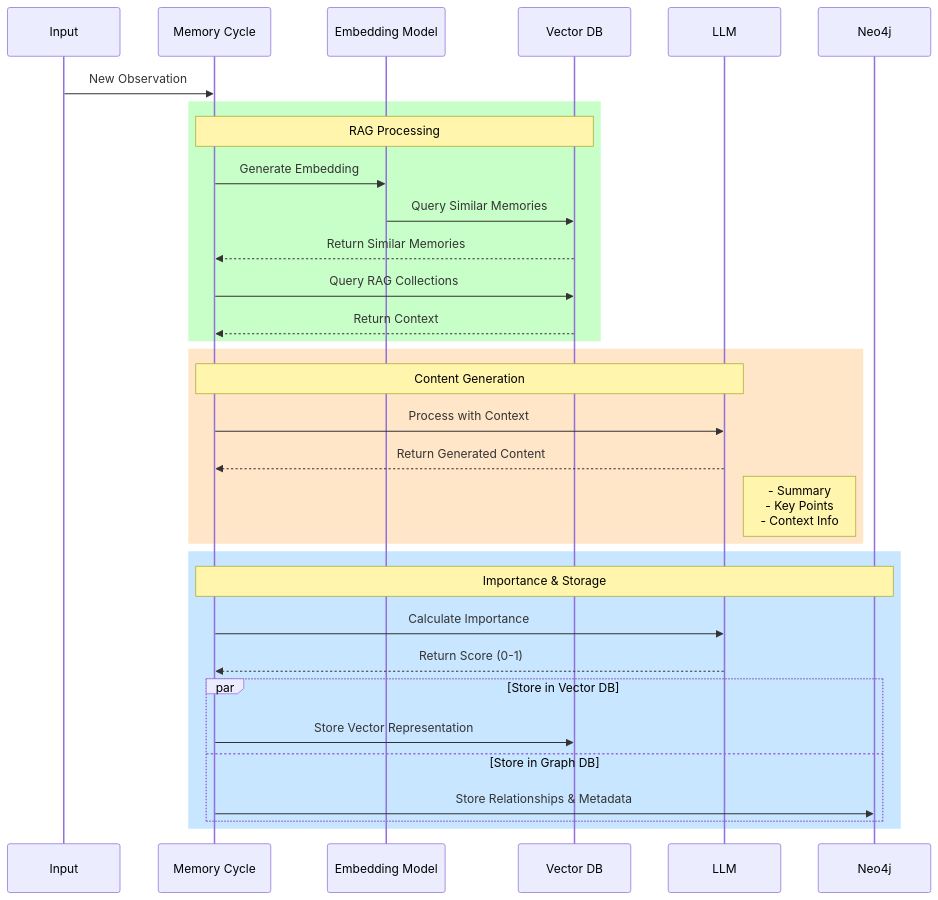
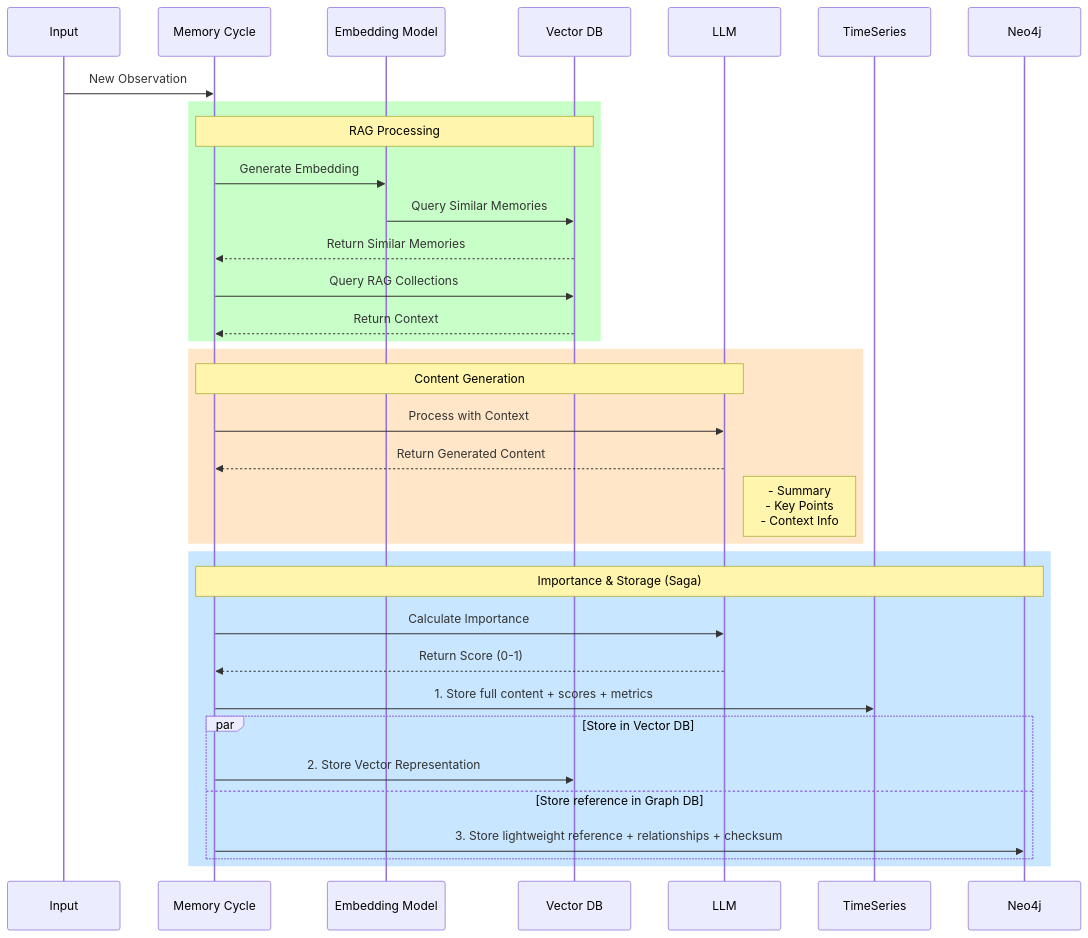
One commit to XMPro/Multi-Agent changed the second of 4 diagrams in docs/technical-details/memory_cycle.md. Above: the diagram before and after it, drawn with Mermaid. The commit also changed other lines of this file and 11 other files, not shown here.

````diff
--- a/docs/technical-details/memory_cycle.md
+++ b/docs/technical-details/memory_cycle.md
@@ -124,38 +127,40 @@
 ```mermaid
 sequenceDiagram
     participant Input
     participant MC as Memory Cycle
     participant EM as Embedding Model
     participant VDB as Vector DB
     participant LLM
+    participant TS as TimeSeries
     participant Neo4j
     
     Input->>MC: New Observation
     
     rect rgb(200, 255, 200)
         Note over MC,VDB: RAG Processing
         MC->>EM: Generate Embedding
         EM->>VDB: Query Similar Memories
         VDB-->>MC: Return Similar Memories
         MC->>VDB: Query RAG Collections
         VDB-->>MC: Return Context
     end
     
     rect rgb(255, 230, 200)
         Note over MC,LLM: Content Generation
         MC->>LLM: Process with Context
         LLM-->>MC: Return Generated Content
         Note right of LLM: - Summary<br/>- Key Points<br/>- Context Info
     end
     
     rect rgb(200, 230, 255)
-        Note over MC,Neo4j: Importance & Storage
+        Note over MC,Neo4j: Importance & Storage (Saga)
         MC->>LLM: Calculate Importance
         LLM-->>MC: Return Score (0-1)
+        MC->>TS: 1. Store full content + scores + metrics
         par Store in Vector DB
-            MC->>VDB: Store Vector Representation
-        and Store in Graph DB
-            MC->>Neo4j: Store Relationships & Metadata
+            MC->>VDB: 2. Store Vector Representation
+        and Store reference in Graph DB
+            MC->>Neo4j: 3. Store lightweight reference + relationships + checksum
         end
     end
 ```
````
